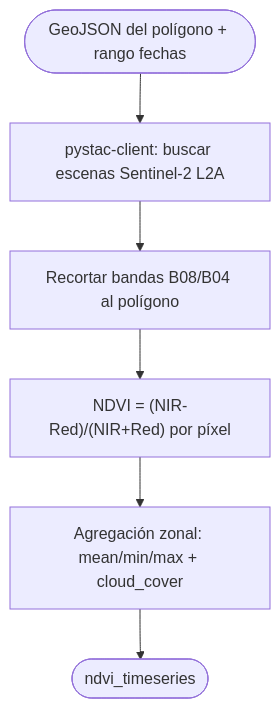
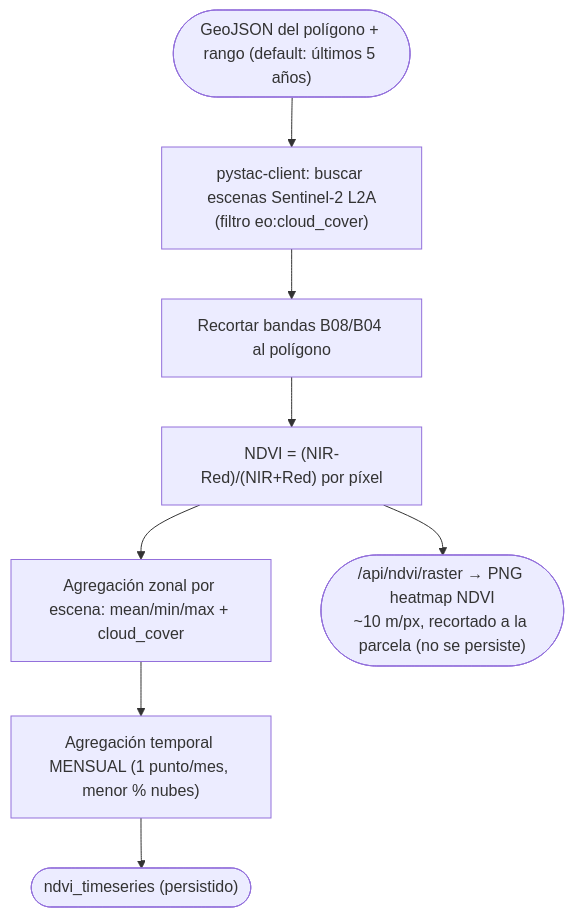
One commit to AlexPrietoRomani/AgroVision changed the fourth of 7 diagrams in docs/architect/architecture_agrovision.md. Above: the diagram before and after it, drawn with Mermaid. The commit also changed other lines of this file and 1 other file, not shown here.

First line of the commit message:
docs(arquitectura,db): plataforma de 6 módulos, monolito modular y NDVI 5 años

````diff
--- a/docs/architect/architecture_agrovision.md
+++ b/docs/architect/architecture_agrovision.md
@@ -107,10 +121,13 @@
 ```mermaid
 flowchart TB
-    G(["GeoJSON del polígono + rango fechas"])
-    S1["pystac-client: buscar escenas Sentinel-2 L2A"]
+    G(["GeoJSON del polígono + rango (default: últimos 5 años)"])
+    S1["pystac-client: buscar escenas Sentinel-2 L2A<br/>(filtro eo:cloud_cover)"]
     S2["Recortar bandas B08/B04 al polígono"]
     S3["NDVI = (NIR-Red)/(NIR+Red) por píxel"]
-    S4["Agregación zonal: mean/min/max + cloud_cover"]
-    O(["ndvi_timeseries"])
-    G --> S1 --> S2 --> S3 --> S4 --> O
+    S4["Agregación zonal por escena: mean/min/max + cloud_cover"]
+    S5["Agregación temporal MENSUAL (1 punto/mes, menor % nubes)"]
+    O(["ndvi_timeseries (persistido)"])
+    R(["/api/ndvi/raster → PNG heatmap NDVI<br/>~10 m/px, recortado a la parcela (no se persiste)"])
+    G --> S1 --> S2 --> S3 --> S4 --> S5 --> O
+    S3 --> R
 ```
````
